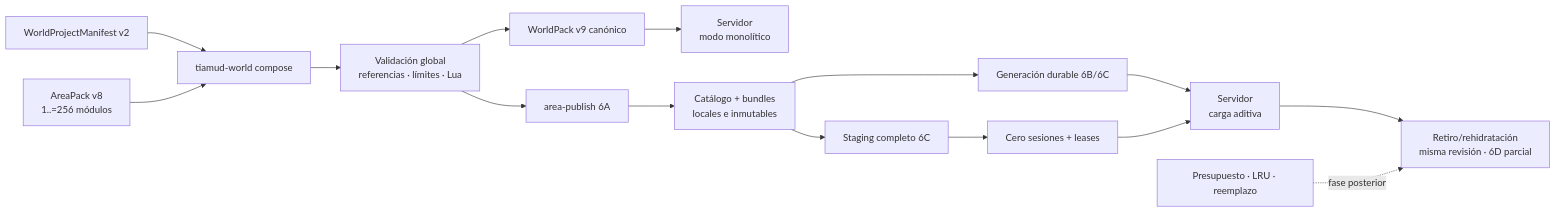
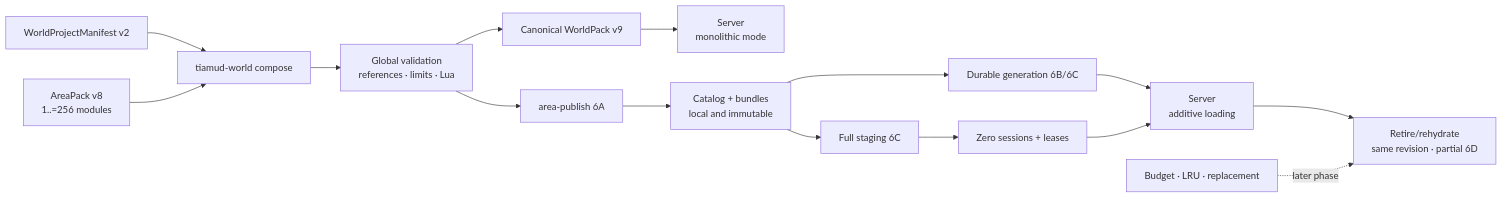
One commit to hyukudan/tiamud changed the first of 2 diagrams in docs/world-authoring.md. Above: the diagram before and after it, drawn with Mermaid. The commit also changed other lines of this file and 11 other files, not shown here.

````diff
--- a/docs/world-authoring.md
+++ b/docs/world-authoring.md
@@ -39,20 +39,20 @@
 ```mermaid
 flowchart LR
-    accTitle: Flujo monolítico y generaciones locales de Tiamud
-    accDescr: Las áreas se componen y validan fuera de línea. El servidor elige el WorldPack completo o una generación local durable, incorpora bundles bajo demanda y puede sustituir solo la generación completa en quiescencia.
+    accTitle: Tiamud monolithic flow and local generations
+    accDescr: Areas are composed and validated offline. The server picks the full WorldPack or a durable local generation, incorporates bundles on demand, and can replace only the whole generation while quiescent.
 
     Project[WorldProjectManifest v2] --> Compose[tiamud-world compose]
-    Areas[AreaPack v8<br/>1..=256 módulos] --> Compose
-    Compose --> Validate[Validación global<br/>referencias · límites · Lua]
-    Validate --> Artifact[WorldPack v9 canónico]
-    Artifact --> Monolithic[Servidor<br/>modo monolítico]
+    Areas[AreaPack v8<br/>1..=256 modules] --> Compose
+    Compose --> Validate[Global validation<br/>references · limits · Lua]
+    Validate --> Artifact[Canonical WorldPack v9]
+    Artifact --> Monolithic[Server<br/>monolithic mode]
     Validate --> Publish[area-publish 6A]
-    Publish --> Catalog[Catálogo + bundles<br/>locales e inmutables]
-    Catalog --> Durable[Generación durable 6B/6C]
-    Durable --> Server[Servidor<br/>carga aditiva]
-    Catalog --> Stage[Staging completo 6C]
-    Stage --> Quiet[Cero sesiones + leases]
+    Publish --> Catalog[Catalog + bundles<br/>local and immutable]
+    Catalog --> Durable[Durable generation 6B/6C]
+    Durable --> Server[Server<br/>additive loading]
+    Catalog --> Stage[Full staging 6C]
+    Stage --> Quiet[Zero sessions + leases]
     Quiet --> Server
-    Server --> Partial6D[Retiro/rehidratación<br/>misma revisión · 6D parcial]
-    Future[Presupuesto · LRU · reemplazo] -. fase posterior .-> Partial6D
+    Server --> Partial6D[Retire/rehydrate<br/>same revision · partial 6D]
+    Future[Budget · LRU · replacement] -. later phase .-> Partial6D
 ```
````
